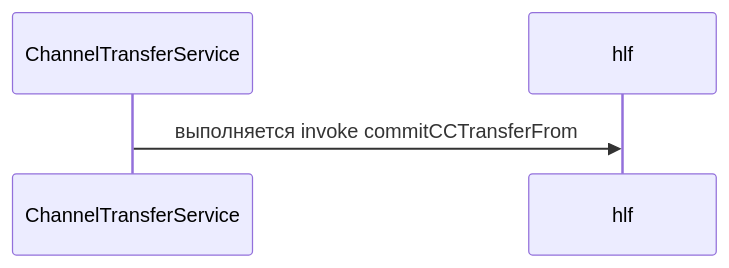
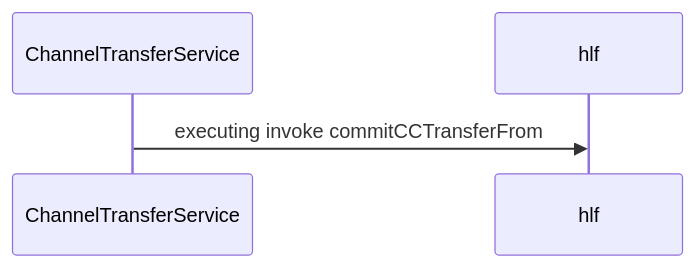
One commit to anoideaopen/channel-transfer changed the ninth of 11 diagrams in doc/channelTransferService.md. Above: the diagram before and after it, drawn with Mermaid. The commit also changed other lines of this file and 71 other files, not shown here.

````diff
--- a/doc/channelTransferService.md
+++ b/doc/channelTransferService.md
@@ -94,5 +98,5 @@
 ```mermaid
 sequenceDiagram
-    ChannelTransferService ->> hlf: выполняется invoke commitCCTransferFrom
+    ChannelTransferService ->> hlf: executing invoke commitCCTransferFrom
     
 ```
````
